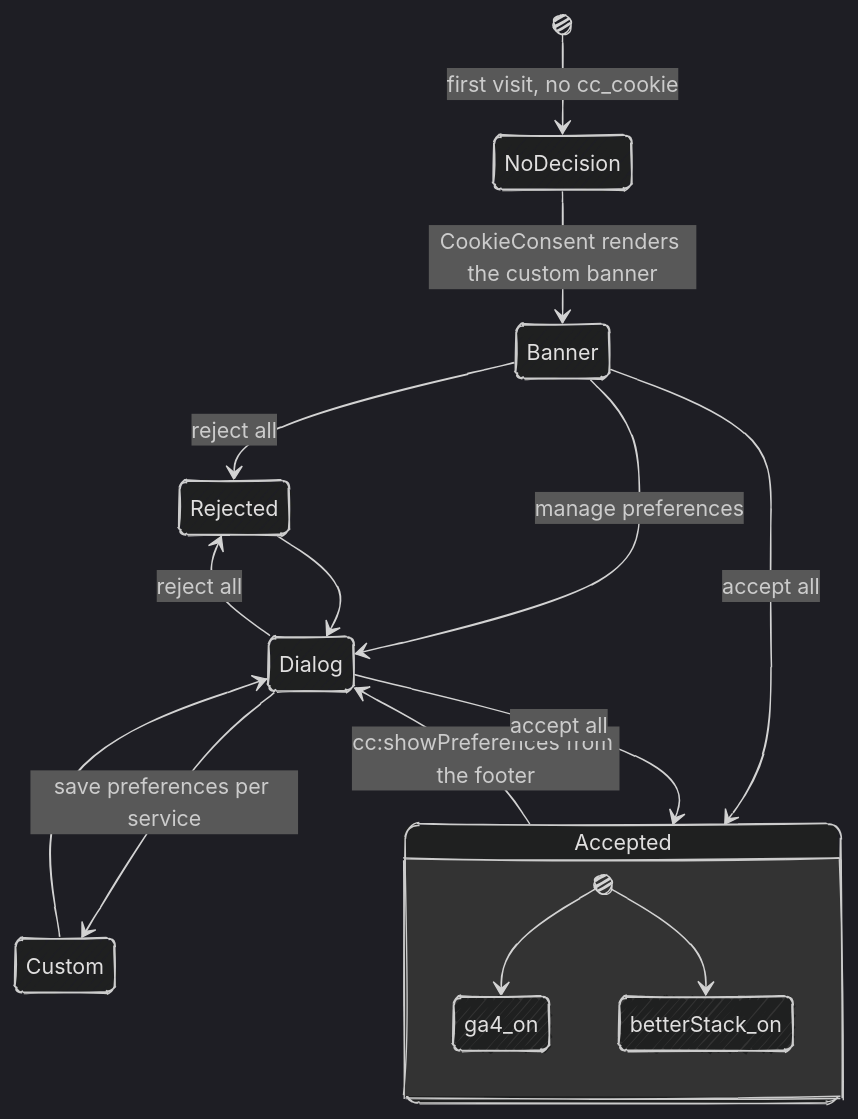
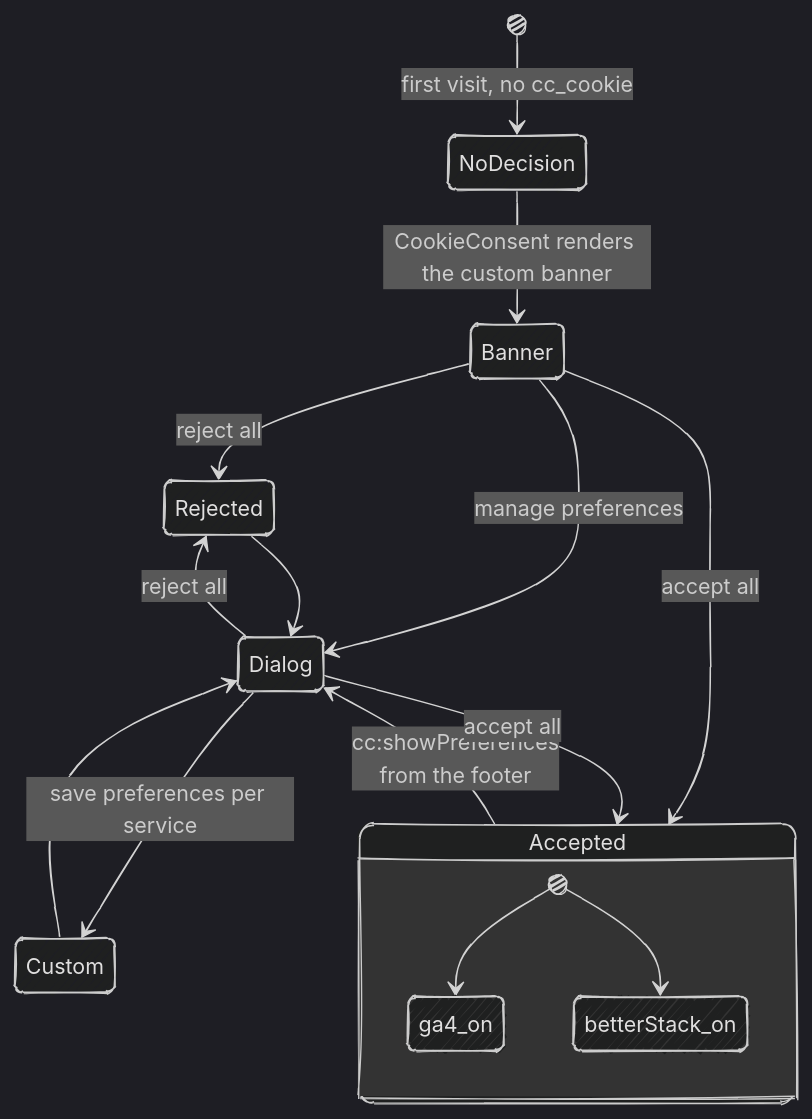
Before and after one commit to fbuireu/forever-pto: the diagram in apps/docs/src/content/docs/how-it-works/cookie-consent.mdx, drawn with Mermaid (dark theme). The commit also changed 26 other files, not shown here.

First line of the commit message:
docs(diagrams): fix split words, overlaps and oversized Mermaid diagrams

````diff
--- a/apps/docs/src/content/docs/how-it-works/cookie-consent.mdx
+++ b/apps/docs/src/content/docs/how-it-works/cookie-consent.mdx
@@ -29,23 +29,26 @@
 ```mermaid
 ---
 config:
   look: handDrawn
   layout: dagre
+  state:
+    nodeSpacing: 90
+    rankSpacing: 110
 ---
 stateDiagram-v2
   [*] --> NoDecision: first visit, no cc_cookie
   NoDecision --> Banner: CookieConsent renders the custom banner
   Banner --> Accepted: accept all
   Banner --> Rejected: reject all
   Banner --> Dialog: manage preferences
-  Accepted --> Dialog: cc:showPreferences from the footer
+  Accepted --> Dialog: cc:showPreferences<br/>from the footer
   Rejected --> Dialog
   Custom --> Dialog
   Dialog --> Accepted: accept all
   Dialog --> Rejected: reject all
   Dialog --> Custom: save preferences per service
   state Accepted {
     [*] --> ga4_on
     [*] --> betterStack_on
   }
 ```
````
